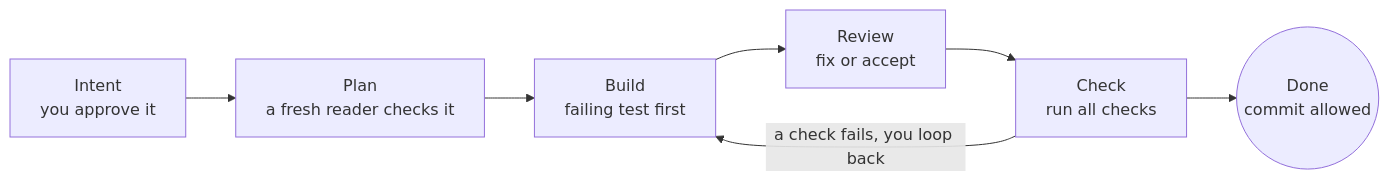
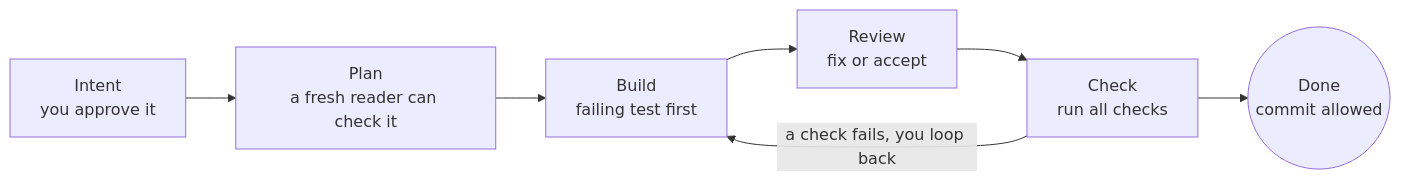
The diagram in README.md (galando/temper), drawn with Mermaid before and after one commit. The commit also changed other lines of this file and 26 other files, not shown here.

````diff
--- a/README.md
+++ b/README.md
@@ -35,9 +35,9 @@
 ```mermaid
 flowchart LR
-  I["Intent<br/>you approve it"] --> P["Plan<br/>a fresh reader checks it"]
+  I["Intent<br/>you approve it"] --> P["Plan<br/>a fresh reader can check it"]
   P --> B["Build<br/>failing test first"]
   B --> R["Review<br/>fix or accept"]
   R --> C["Check<br/>run all checks"]
   C --> D(("Done<br/>commit allowed"))
   C -- "a check fails, you loop back" --> B
 ```
````
